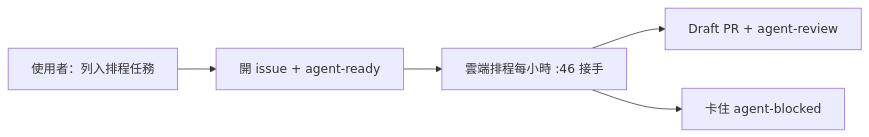
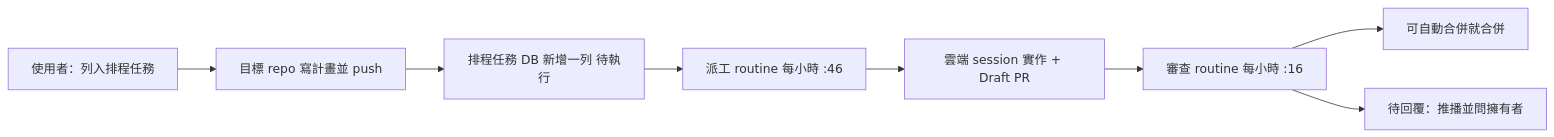
Before and after one commit to VECTOR-COOL/my-agent-toolkit: the diagram in my-plugins/my-workflow/rules/schedule-task.md, drawn with Mermaid. The commit also changed other lines of this file and 9 other files, not shown here.

````diff
--- a/my-plugins/my-workflow/rules/schedule-task.md
+++ b/my-plugins/my-workflow/rules/schedule-task.md
@@ -5,7 +5,10 @@
 ```mermaid
 graph LR
-  Say[使用者：列入排程任務] --> Issue[開 issue + agent-ready]
-  Issue --> Routine[雲端排程每小時 :46 接手]
-  Routine --> PR[Draft PR + agent-review]
-  Routine --> Blocked[卡住 agent-blocked]
+  Say[使用者：列入排程任務] --> Plan[目標 repo 寫計畫並 push]
+  Plan --> Row[排程任務 DB 新增一列 待執行]
+  Row --> Dispatch[派工 routine 每小時 :46]
+  Dispatch --> PR[雲端 session 實作 + Draft PR]
+  PR --> Review[審查 routine 每小時 :16]
+  Review --> Merge[可自動合併就合併]
+  Review --> Ask[待回覆：推播並問擁有者]
 ```
````
